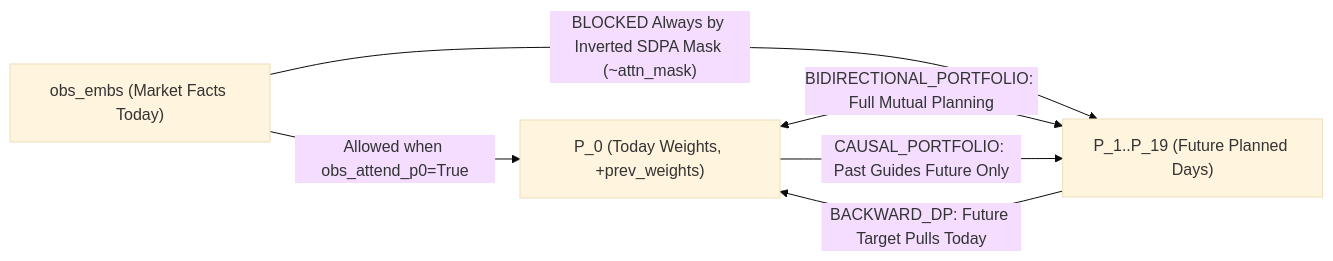
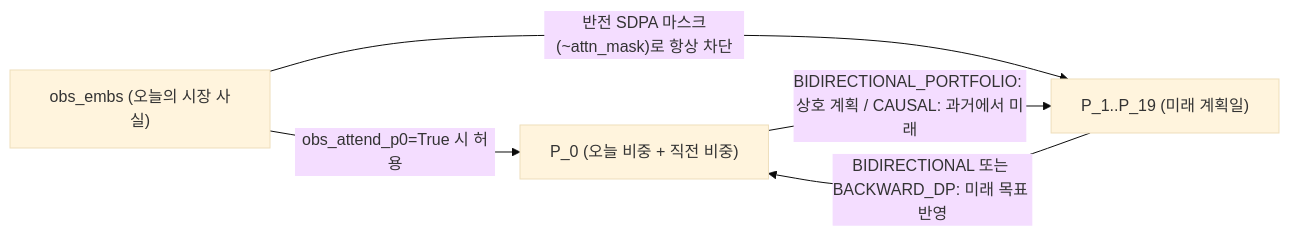
One commit to zerostreet/zerosteer changed the third of 5 diagrams in openwiki/guides/intuitive-visual-guide.md. Above: the diagram before and after it, drawn with Mermaid (base theme). The commit also changed other lines of this file and 16 other files, not shown here.

````diff
--- a/openwiki/guides/intuitive-visual-guide.md
+++ b/openwiki/guides/intuitive-visual-guide.md
@@ -94,8 +77,7 @@
 ```mermaid
 flowchart LR
-    OBS["obs_embs (Market Facts Today)"] -- "Allowed when obs_attend_p0=True" --> P0["P_0 (Today Weights, +prev_weights)"]
-    OBS -- "BLOCKED Always by Inverted SDPA Mask (~attn_mask)" --> PF["P_1..P_19 (Future Planned Days)"]
-    P0 <-->|"BIDIRECTIONAL_PORTFOLIO: Full Mutual Planning"| PF
-    P0 -- "CAUSAL_PORTFOLIO: Past Guides Future Only" --> PF
-    PF -- "BACKWARD_DP: Future Target Pulls Today" --> P0
+    OBS["obs_embs (오늘의 시장 사실)"] -- "obs_attend_p0=True 시 허용" --> P0["P_0 (오늘 비중 + 직전 비중)"]
+    OBS -- "반전 SDPA 마스크(~attn_mask)로 항상 차단" --> PF["P_1..P_19 (미래 계획일)"]
+    P0 -- "BIDIRECTIONAL_PORTFOLIO: 상호 계획 / CAUSAL: 과거에서 미래" --> PF
+    PF -- "BIDIRECTIONAL 또는 BACKWARD_DP: 미래 목표 반영" --> P0
 ```
````
